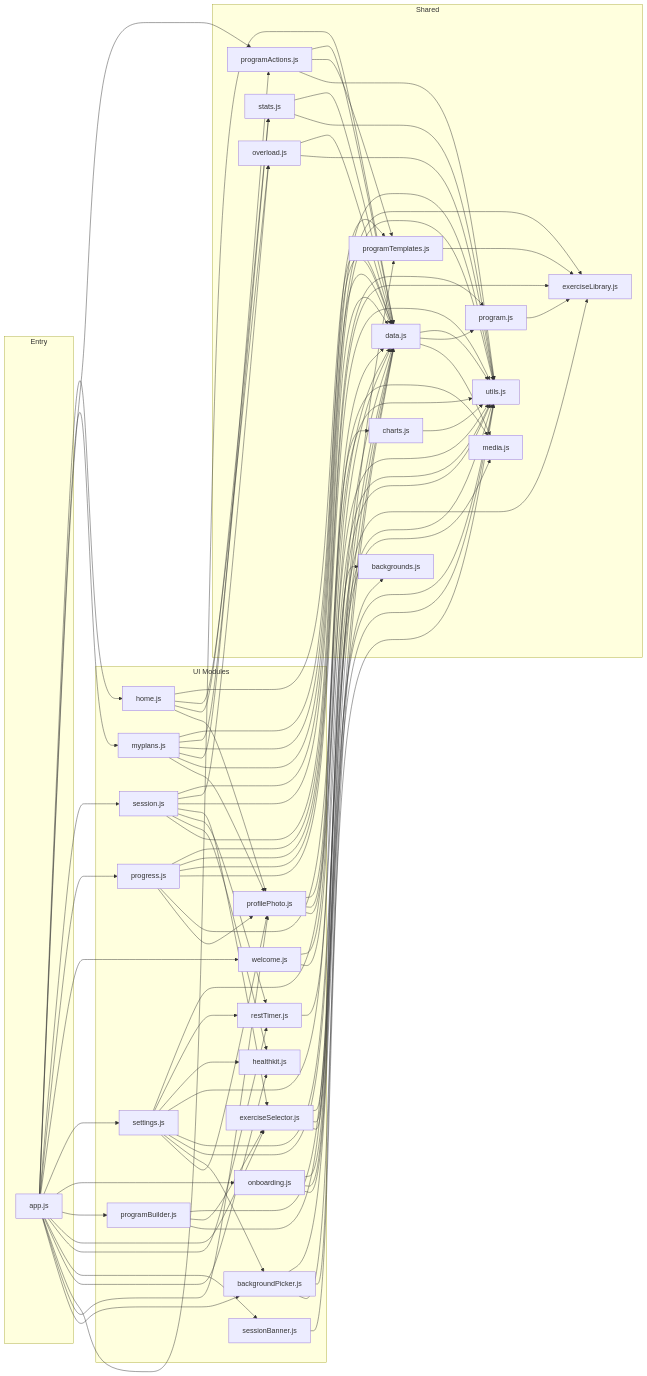
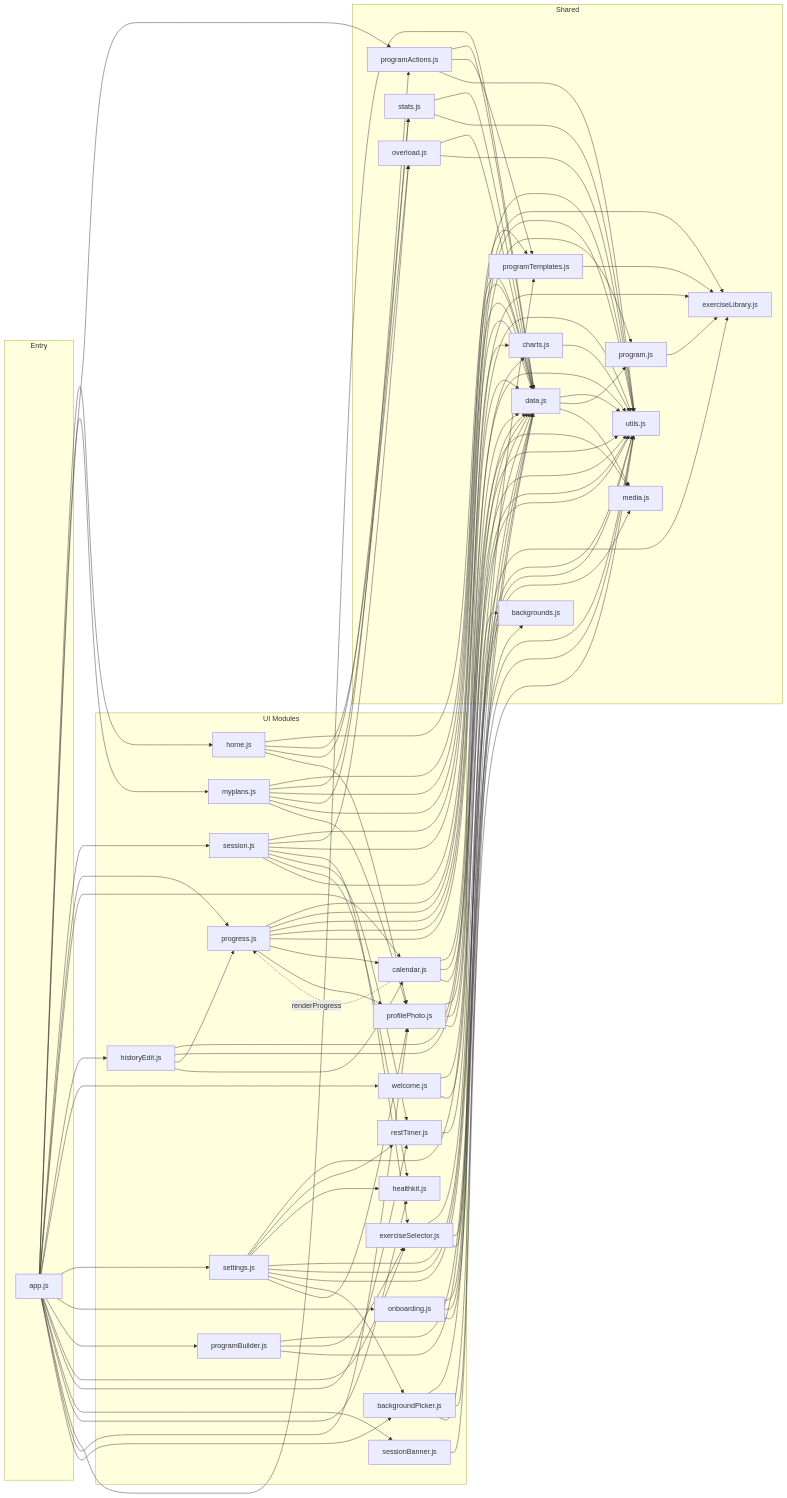
One commit to reidrussell-alt/plate-log changed the second of 8 diagrams in ARCHITECTURE.md. Above: the diagram before and after it, drawn with Mermaid. The commit also changed other lines of this file and 8 other files, not shown here.

First line of the commit message:
Refactor: split calendar.js and historyEdit.js out of progress.js (REFACTOR_PLAN 5.1)

```diff
--- a/ARCHITECTURE.md
+++ b/ARCHITECTURE.md
@@ -100,6 +100,8 @@
         myplans.js
         session.js
         progress.js
+        calendar.js
+        historyEdit.js
         welcome.js
         settings.js
         onboarding.js
@@ -131,6 +133,8 @@
     app.js --> programActions.js
     app.js --> session.js
     app.js --> progress.js
+    app.js --> calendar.js
+    app.js --> historyEdit.js
     app.js --> welcome.js
     app.js --> settings.js
     app.js --> onboarding.js
@@ -168,6 +172,17 @@
     progress.js --> exerciseLibrary.js
     progress.js --> utils.js
     progress.js --> charts.js
+    progress.js --> calendar.js
+
+    calendar.js --> data.js
+    calendar.js --> utils.js
+    calendar.js --> charts.js
+    calendar.js -.->|renderProgress| progress.js
+
+    historyEdit.js --> data.js
+    historyEdit.js --> utils.js
+    historyEdit.js --> progress.js
+    historyEdit.js --> calendar.js
 
     welcome.js --> data.js
     welcome.js --> utils.js
```
